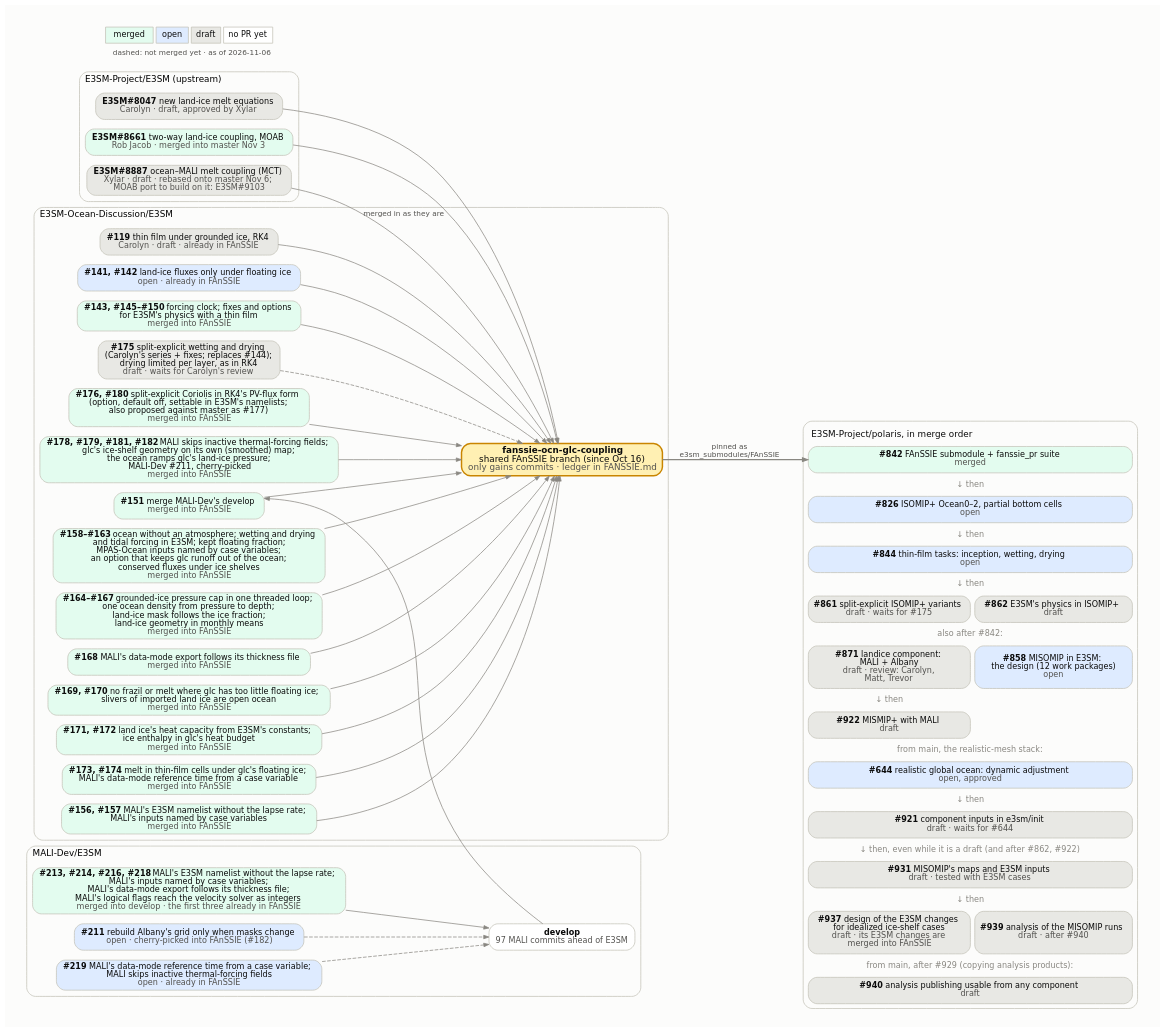
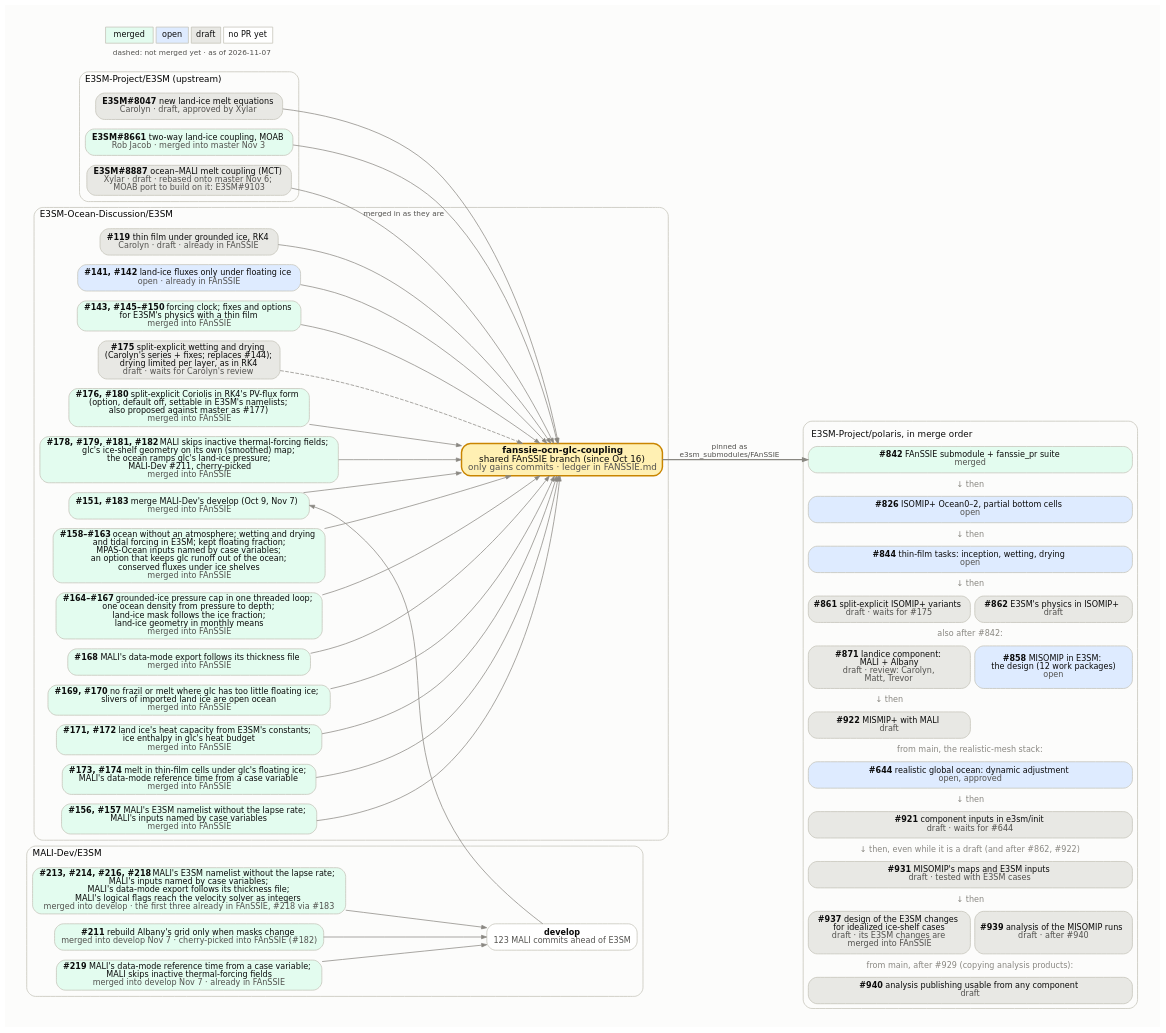
Before and after one commit to E3SM-Project/polaris: the diagram in docs/design_docs/misomip/code_flow.dot, drawn with Graphviz. The commit also changed 3 other files, not shown here.

```diff
--- a/docs/design_docs/misomip/code_flow.dot
+++ b/docs/design_docs/misomip/code_flow.dot
@@ -1,121 +1,121 @@
 // How the upstream E3SM PRs, the E3SM-Ocean-Discussion PRs, the
 // fanssie-ocn-glc-coupling branch and the Polaris PRs fit together.
 //
 // Regenerate with Graphviz 14 (Chrysalis's /usr/bin/dot 2.40 lays it out
 // wider), with the text drawn as paths so it looks the same everywhere:
 //
 //     pixi exec -s graphviz dot -Tsvg:cairo code_flow.dot -o code_flow.svg
 //
 // Fill by state: merged #e3fcef, open #deebff, draft #e8e8e4, no PR yet
 // #ffffff. Dashed edges into the FAnSSIE branch mark PRs not merged into it
 // yet. The Polaris side is one HTML-table node, in merge order, because
 // Graphviz would not keep separate boxes in that order. Update the date in
 // the legend.
 digraph fanssie {
   rankdir=LR;
   bgcolor="#fcfcfb";
   pad=0.3;
   nodesep=0.18;
   ranksep=0.7;
   fontname="DejaVu Sans";
   node [shape=box, style="rounded,filled", fontname="DejaVu Sans",
         fontsize=11, color="#c3c2b7", fontcolor="#0b0b0b", penwidth=1,
         margin="0.12,0.06"];
   edge [color="#898781", arrowsize=0.7, fontname="DejaVu Sans",
         fontsize=10, fontcolor="#52514e"];
 
   subgraph cluster_upstream {
     label="E3SM-Project/E3SM (upstream)";
     labeljust=l; fontsize=12; color="#c3c2b7"; style="rounded";
     e8047 [label=<<b>E3SM#8047</b>  new land-ice melt equations<br/><font color="#52514e">Carolyn · draft, approved by Xylar</font>>, fillcolor="#e8e8e4"];
     e8661 [label=<<b>E3SM#8661</b>  two-way land-ice coupling, MOAB<br/><font color="#52514e">Rob Jacob · merged into master Nov 3</font>>, fillcolor="#e3fcef"];
     e8887 [label=<<b>E3SM#8887</b>  ocean–MALI melt coupling (MCT)<br/><font color="#52514e">Xylar · draft · rebased onto master Nov 6;<br/>MOAB port to build on it: E3SM#9103</font>>, fillcolor="#e8e8e4"];
   }
 
   subgraph cluster_malidev {
     label="MALI-Dev/E3SM";
     labeljust=l; fontsize=12; color="#c3c2b7"; style="rounded";
-    malidev [label=<<b>develop</b><br/><font color="#52514e">97 MALI commits ahead of E3SM</font>>, fillcolor="#ffffff"];
-    m213 [label=<<b>#213, #214, #216, #218</b>  MALI's E3SM namelist without the lapse rate;<br/>MALI's inputs named by case variables;<br/>MALI's data-mode export follows its thickness file;<br/>MALI's logical flags reach the velocity solver as integers<br/><font color="#52514e">merged into develop · the first three already in FAnSSIE</font>>, fillcolor="#e3fcef"];
-    m211 [label=<<b>#211</b>  rebuild Albany's grid only when masks change<br/><font color="#52514e">open · cherry-picked into FAnSSIE (#182)</font>>, fillcolor="#deebff"];
-    m219 [label=<<b>#219</b>  MALI's data-mode reference time from a case variable;<br/>MALI skips inactive thermal-forcing fields<br/><font color="#52514e">open · already in FAnSSIE</font>>, fillcolor="#deebff"];
+    malidev [label=<<b>develop</b><br/><font color="#52514e">123 MALI commits ahead of E3SM</font>>, fillcolor="#ffffff"];
+    m213 [label=<<b>#213, #214, #216, #218</b>  MALI's E3SM namelist without the lapse rate;<br/>MALI's inputs named by case variables;<br/>MALI's data-mode export follows its thickness file;<br/>MALI's logical flags reach the velocity solver as integers<br/><font color="#52514e">merged into develop · the first three already in FAnSSIE, #218 via #183</font>>, fillcolor="#e3fcef"];
+    m211 [label=<<b>#211</b>  rebuild Albany's grid only when masks change<br/><font color="#52514e">merged into develop Nov 7 · cherry-picked into FAnSSIE (#182)</font>>, fillcolor="#e3fcef"];
+    m219 [label=<<b>#219</b>  MALI's data-mode reference time from a case variable;<br/>MALI skips inactive thermal-forcing fields<br/><font color="#52514e">merged into develop Nov 7 · already in FAnSSIE</font>>, fillcolor="#e3fcef"];
   }
 
   subgraph cluster_eod {
     label="E3SM-Ocean-Discussion/E3SM";
     labeljust=l; fontsize=12; color="#c3c2b7"; style="rounded";
     d119 [label=<<b>#119</b>  thin film under grounded ice, RK4<br/><font color="#52514e">Carolyn · draft · already in FAnSSIE</font>>, fillcolor="#e8e8e4"];
     d141 [label=<<b>#141, #142</b>  land-ice fluxes only under floating ice<br/><font color="#52514e">open · already in FAnSSIE</font>>, fillcolor="#deebff"];
     d143 [label=<<b>#143, #145–#150</b>  forcing clock; fixes and options<br/>for E3SM's physics with a thin film<br/><font color="#52514e">merged into FAnSSIE</font>>, fillcolor="#e3fcef"];
     d175 [label=<<b>#175</b>  split-explicit wetting and drying<br/>(Carolyn's series + fixes; replaces #144);<br/>drying limited per layer, as in RK4<br/><font color="#52514e">draft · waits for Carolyn's review</font>>, fillcolor="#e8e8e4"];
     d176 [label=<<b>#176, #180</b>  split-explicit Coriolis in RK4's PV-flux form<br/>(option, default off, settable in E3SM's namelists;<br/>also proposed against master as #177)<br/><font color="#52514e">merged into FAnSSIE</font>>, fillcolor="#e3fcef"];
     d178 [label=<<b>#178, #179, #181, #182</b>  MALI skips inactive thermal-forcing fields;<br/>glc's ice-shelf geometry on its own (smoothed) map;<br/>the ocean ramps glc's land-ice pressure;<br/>MALI-Dev #211, cherry-picked<br/><font color="#52514e">merged into FAnSSIE</font>>, fillcolor="#e3fcef"];
-    d151 [label=<<b>#151</b>  merge MALI-Dev's develop<br/><font color="#52514e">merged into FAnSSIE</font>>, fillcolor="#e3fcef"];
+    d151 [label=<<b>#151, #183</b>  merge MALI-Dev's develop (Oct 9, Nov 7)<br/><font color="#52514e">merged into FAnSSIE</font>>, fillcolor="#e3fcef"];
     d158 [label=<<b>#158–#163</b>  ocean without an atmosphere; wetting and drying<br/>and tidal forcing in E3SM; kept floating fraction;<br/>MPAS-Ocean inputs named by case variables;<br/>an option that keeps glc runoff out of the ocean;<br/>conserved fluxes under ice shelves<br/><font color="#52514e">merged into FAnSSIE</font>>, fillcolor="#e3fcef"];
     d164 [label=<<b>#164–#167</b>  grounded-ice pressure cap in one threaded loop;<br/>one ocean density from pressure to depth;<br/>land-ice mask follows the ice fraction;<br/>land-ice geometry in monthly means<br/><font color="#52514e">merged into FAnSSIE</font>>, fillcolor="#e3fcef"];
     d168 [label=<<b>#168</b>  MALI's data-mode export follows its thickness file<br/><font color="#52514e">merged into FAnSSIE</font>>, fillcolor="#e3fcef"];
     d169 [label=<<b>#169, #170</b>  no frazil or melt where glc has too little floating ice;<br/>slivers of imported land ice are open ocean<br/><font color="#52514e">merged into FAnSSIE</font>>, fillcolor="#e3fcef"];
     d171 [label=<<b>#171, #172</b>  land ice's heat capacity from E3SM's constants;<br/>ice enthalpy in glc's heat budget<br/><font color="#52514e">merged into FAnSSIE</font>>, fillcolor="#e3fcef"];
     d173 [label=<<b>#173, #174</b>  melt in thin-film cells under glc's floating ice;<br/>MALI's data-mode reference time from a case variable<br/><font color="#52514e">merged into FAnSSIE</font>>, fillcolor="#e3fcef"];
     d156 [label=<<b>#156, #157</b>  MALI's E3SM namelist without the lapse rate;<br/>MALI's inputs named by case variables<br/><font color="#52514e">merged into FAnSSIE</font>>, fillcolor="#e3fcef"];
     fanssie [label=<<b>fanssie-ocn-glc-coupling</b><br/>shared FAnSSIE branch (since Oct 16)<br/><font color="#52514e">only gains commits · ledger in FANSSIE.md</font>>,
              fillcolor="#fff0b3", penwidth=2, color="#c98500", fontsize=12];
   }
 
   polaris [shape=plaintext, style="", label=<
     <table border="1" color="#c3c2b7" style="rounded" cellborder="1" cellspacing="6" cellpadding="4" bgcolor="#fcfcfb">
       <tr><td border="0" colspan="2" align="left"><font point-size="12">E3SM-Project/polaris, in merge order</font></td></tr>
       <tr><td port="p842" bgcolor="#e3fcef" colspan="2" style="rounded" cellpadding="6"><b>#842</b>  FAnSSIE submodule + fanssie_pr suite<br/><font color="#52514e">merged</font></td></tr>
       <tr><td border="0" colspan="2"><font color="#898781">↓ then</font></td></tr>
       <tr><td port="p826" bgcolor="#deebff" colspan="2" style="rounded" cellpadding="6"><b>#826</b>  ISOMIP+ Ocean0–2, partial bottom cells<br/><font color="#52514e">open</font></td></tr>
       <tr><td border="0" colspan="2"><font color="#898781">↓ then</font></td></tr>
       <tr><td port="p844" bgcolor="#deebff" colspan="2" style="rounded" cellpadding="6"><b>#844</b>  thin-film tasks: inception, wetting, drying<br/><font color="#52514e">open</font></td></tr>
       <tr><td border="0" colspan="2"><font color="#898781">↓ then</font></td></tr>
       <tr><td port="p861" bgcolor="#e8e8e4" colspan="1" style="rounded" cellpadding="6"><b>#861</b>  split-explicit ISOMIP+ variants<br/><font color="#52514e">draft · waits for #175</font></td><td port="p862" bgcolor="#e8e8e4" colspan="1" style="rounded" cellpadding="6"><b>#862</b>  E3SM's physics in ISOMIP+<br/><font color="#52514e">draft</font></td></tr>
       <tr><td border="0" colspan="2"><font color="#898781">also after #842:</font></td></tr>
       <tr><td port="p871" bgcolor="#e8e8e4" colspan="1" style="rounded" cellpadding="6"><b>#871</b>  landice component:<br/>MALI + Albany<br/><font color="#52514e">draft · review: Carolyn,<br/>Matt, Trevor</font></td><td port="p858" bgcolor="#deebff" colspan="1" style="rounded" cellpadding="6"><b>#858</b>  MISOMIP in E3SM:<br/>the design (12 work packages)<br/><font color="#52514e">open</font></td></tr>
       <tr><td border="0" colspan="1"><font color="#898781">↓ then</font></td><td border="0" colspan="1"></td></tr>
       <tr><td port="p922" bgcolor="#e8e8e4" colspan="1" style="rounded" cellpadding="6"><b>#922</b>  MISMIP+ with MALI<br/><font color="#52514e">draft</font></td><td border="0" colspan="1"></td></tr>
       <tr><td border="0" colspan="2"><font color="#898781">from main, the realistic-mesh stack:</font></td></tr>
       <tr><td port="p644" bgcolor="#deebff" colspan="2" style="rounded" cellpadding="6"><b>#644</b>  realistic global ocean: dynamic adjustment<br/><font color="#52514e">open, approved</font></td></tr>
       <tr><td border="0" colspan="2"><font color="#898781">↓ then</font></td></tr>
       <tr><td port="p921" bgcolor="#e8e8e4" colspan="2" style="rounded" cellpadding="6"><b>#921</b>  component inputs in e3sm/init<br/><font color="#52514e">draft · waits for #644</font></td></tr>
       <tr><td border="0" colspan="2"><font color="#898781">↓ then, even while it is a draft (and after #862, #922)</font></td></tr>
       <tr><td port="pwp56" bgcolor="#e8e8e4" colspan="2" style="rounded" cellpadding="6"><b>#931</b>  MISOMIP's maps and E3SM inputs<br/><font color="#52514e">draft · tested with E3SM cases</font></td></tr>
       <tr><td border="0" colspan="2"><font color="#898781">↓ then</font></td></tr>
       <tr><td port="pwp7" bgcolor="#e8e8e4" colspan="1" style="rounded" cellpadding="6"><b>#937</b>  design of the E3SM changes<br/>for idealized ice-shelf cases<br/><font color="#52514e">draft · its E3SM changes are<br/>merged into FAnSSIE</font></td><td port="pwp9" bgcolor="#e8e8e4" colspan="1" style="rounded" cellpadding="6"><b>#939</b>  analysis of the MISOMIP runs<br/><font color="#52514e">draft · after #940</font></td></tr>
       <tr><td border="0" colspan="2"><font color="#898781">from main, after #929 (copying analysis products):</font></td></tr>
       <tr><td port="p940" bgcolor="#e8e8e4" colspan="2" style="rounded" cellpadding="6"><b>#940</b>  analysis publishing usable from any component<br/><font color="#52514e">draft</font></td></tr>
     </table>>];
 
   e8047 -> fanssie;
   e8661 -> fanssie;
   e8887 -> fanssie [label="merged in as they are"];
   d119 -> fanssie;
   d141 -> fanssie;
   d143 -> fanssie;
   d175 -> fanssie [style=dashed];
-  m211 -> malidev [style=dashed];
+  m211 -> malidev;
   m213 -> malidev;
-  m219 -> malidev [style=dashed];
+  m219 -> malidev;
   d156 -> fanssie;
   d158 -> fanssie;
   d164 -> fanssie;
   d168 -> fanssie;
   d169 -> fanssie;
   d171 -> fanssie;
   d173 -> fanssie;
   d176 -> fanssie;
   d178 -> fanssie;
   malidev -> d151 [constraint=false];
   d151 -> fanssie;
 
   fanssie -> polaris:p842 [label="pinned as
 e3sm_submodules/FAnSSIE", penwidth=1.5];
 
   legend [shape=plaintext, style="", label=<
     <table border="0" cellborder="1" cellspacing="4" cellpadding="4" color="#c3c2b7">
       <tr><td bgcolor="#e3fcef">merged</td><td bgcolor="#deebff">open</td><td bgcolor="#e8e8e4">draft</td><td bgcolor="#ffffff">no PR yet</td></tr>
-      <tr><td colspan="4" border="0"><font point-size="10" color="#52514e">dashed: not merged yet · as of 2026-11-06</font></td></tr>
+      <tr><td colspan="4" border="0"><font point-size="10" color="#52514e">dashed: not merged yet · as of 2026-11-07</font></td></tr>
     </table>>];
 }
```
